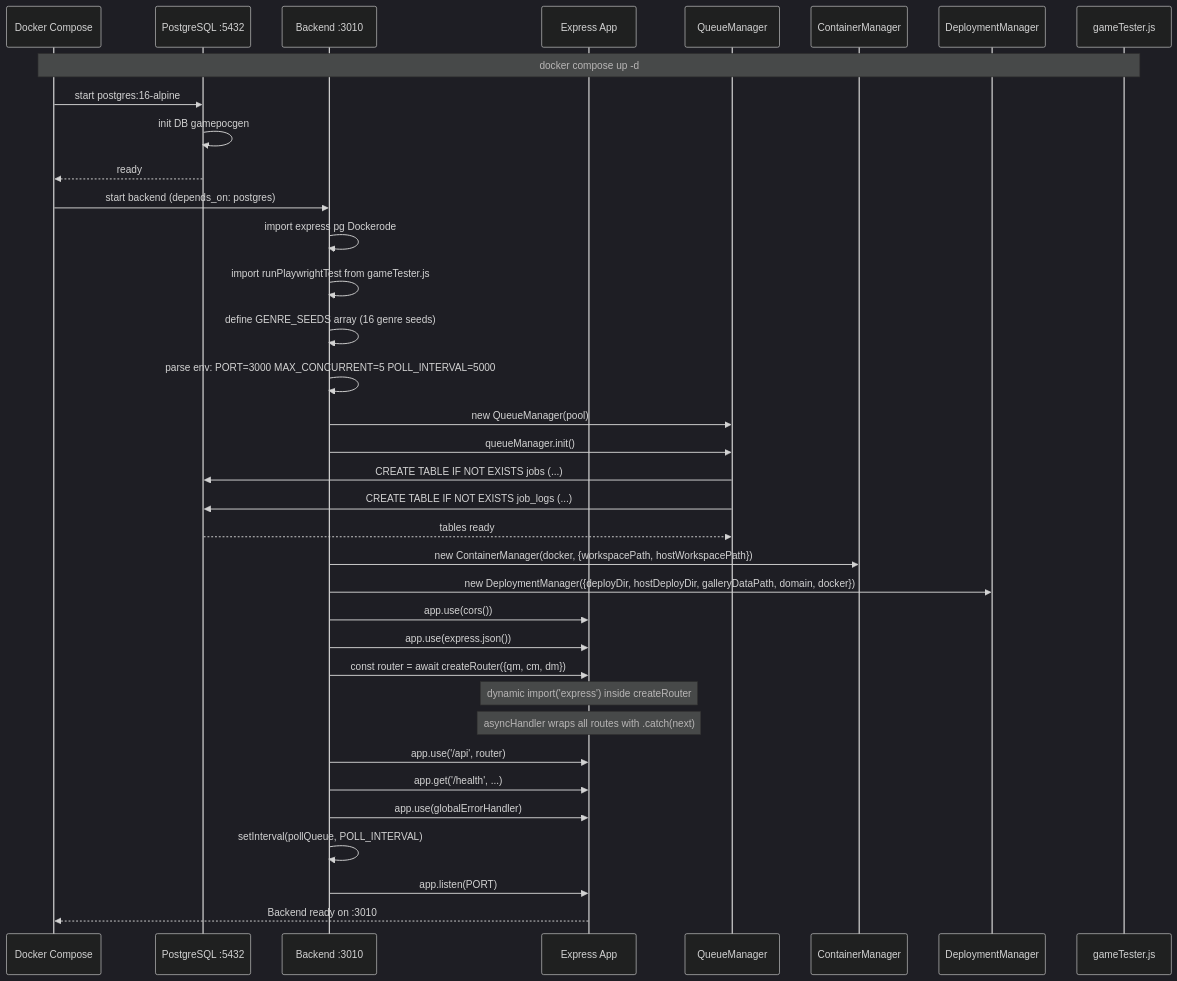
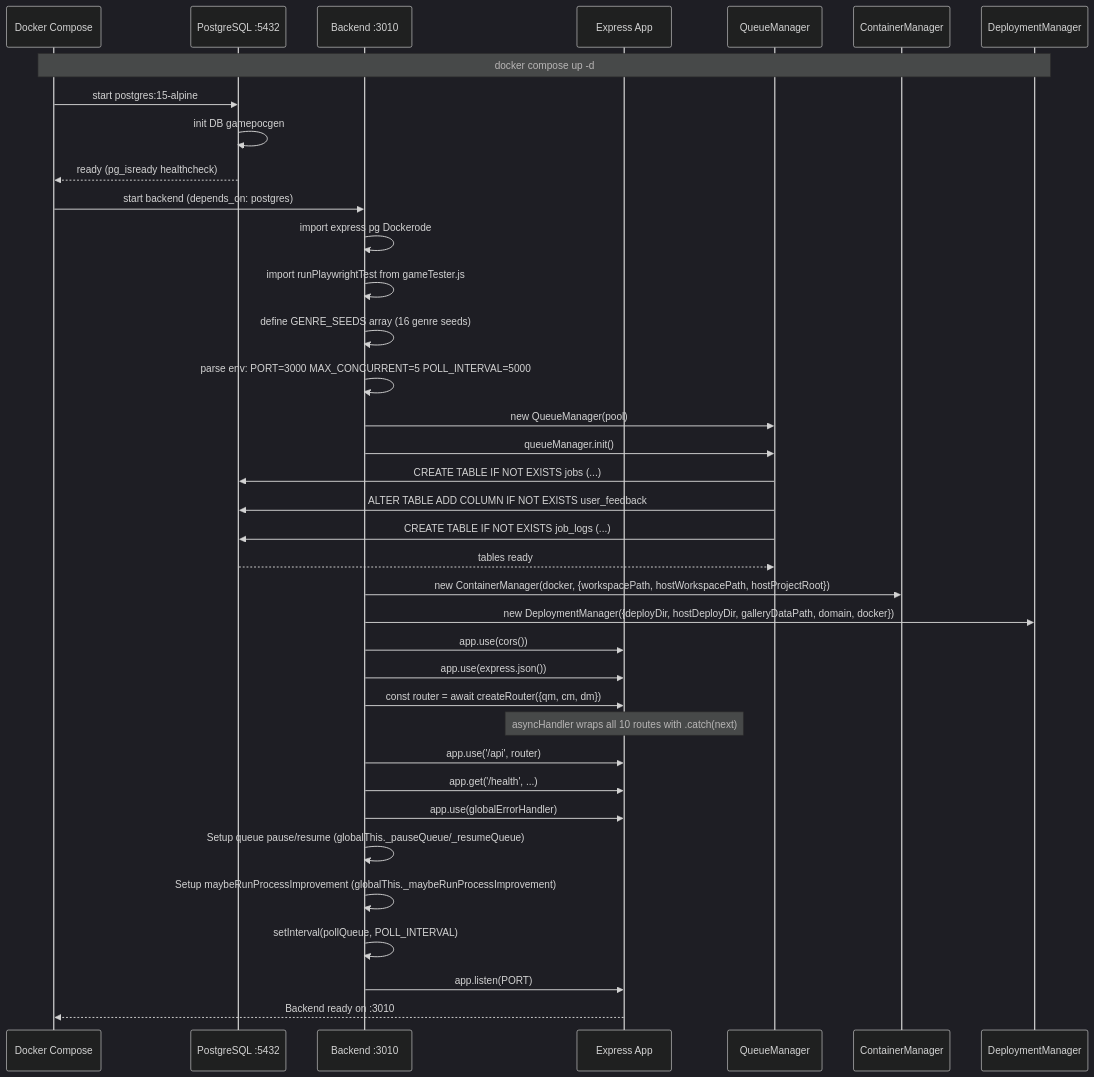
Before and after one commit to J-Gierend/gamePocGen: the first of 6 diagrams in AI/document/09-boot-sequence.md, drawn with Mermaid (dark theme). The commit also changed other lines of this file and 5 other files, not shown here.

````diff
--- a/AI/document/09-boot-sequence.md
+++ b/AI/document/09-boot-sequence.md
@@ -3,45 +3,46 @@
 ```mermaid
 sequenceDiagram
     participant DC as Docker Compose
     participant PG as PostgreSQL :5432
     participant BE as Backend :3010
     participant EXP as Express App
     participant QM as QueueManager
     participant CM as ContainerManager
     participant DM as DeploymentManager
-    participant GT as gameTester.js
 
-    Note over DC,GT: docker compose up -d
+    Note over DC,DM: docker compose up -d
 
-    DC->>PG: start postgres:16-alpine
+    DC->>PG: start postgres:15-alpine
     PG->>PG: init DB gamepocgen
-    PG-->>DC: ready
+    PG-->>DC: ready (pg_isready healthcheck)
 
     DC->>BE: start backend (depends_on: postgres)
     BE->>BE: import express pg Dockerode
     BE->>BE: import runPlaywrightTest from gameTester.js
     BE->>BE: define GENRE_SEEDS array (16 genre seeds)
     BE->>BE: parse env: PORT=3000 MAX_CONCURRENT=5 POLL_INTERVAL=5000
 
     BE->>QM: new QueueManager(pool)
     BE->>QM: queueManager.init()
     QM->>PG: CREATE TABLE IF NOT EXISTS jobs (...)
+    QM->>PG: ALTER TABLE ADD COLUMN IF NOT EXISTS user_feedback
     QM->>PG: CREATE TABLE IF NOT EXISTS job_logs (...)
     PG-->>QM: tables ready
 
-    BE->>CM: new ContainerManager(docker, {workspacePath, hostWorkspacePath})
+    BE->>CM: new ContainerManager(docker, {workspacePath, hostWorkspacePath, hostProjectRoot})
     BE->>DM: new DeploymentManager({deployDir, hostDeployDir, galleryDataPath, domain, docker})
 
     BE->>EXP: app.use(cors())
     BE->>EXP: app.use(express.json())
     BE->>EXP: const router = await createRouter({qm, cm, dm})
-    Note over EXP: dynamic import('express') inside createRouter
-    Note over EXP: asyncHandler wraps all routes with .catch(next)
+    Note over EXP: asyncHandler wraps all 10 routes with .catch(next)
     BE->>EXP: app.use('/api', router)
     BE->>EXP: app.get('/health', ...)
     BE->>EXP: app.use(globalErrorHandler)
 
+    BE->>BE: Setup queue pause/resume (globalThis._pauseQueue/_resumeQueue)
+    BE->>BE: Setup maybeRunProcessImprovement (globalThis._maybeRunProcessImprovement)
     BE->>BE: setInterval(pollQueue, POLL_INTERVAL)
     BE->>EXP: app.listen(PORT)
     EXP-->>DC: Backend ready on :3010
 ```
````
